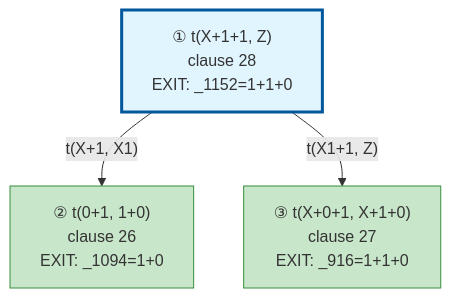
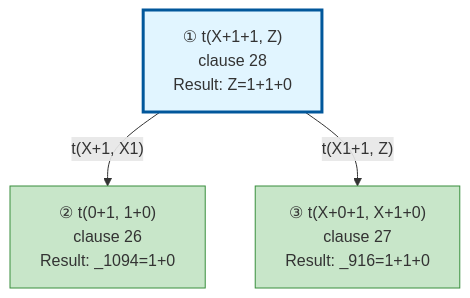
One commit to jarecsni/prolog-trace-viz changed the diagram in examples/3_3_operators-output.md. Above: the diagram before and after it, drawn with Mermaid. The commit also changed other lines of this file and 13 other files, not shown here.

````diff
--- a/examples/3_3_operators-output.md
+++ b/examples/3_3_operators-output.md
@@ -50,17 +50,17 @@
 ```mermaid
 graph TD
 
 %% Nodes
-A["① t(X+1+1, Z)<br/>clause 28<br/>EXIT: _1152=1+1+0"]
-B["② t(0+1, 1+0)<br/>clause 26<br/>EXIT: _1094=1+0"]
-C["③ t(X+0+1, X+1+0)<br/>clause 27<br/>EXIT: _916=1+1+0"]
+A["① t(X+1+1, Z)<br/>clause 28<br/>Result: Z=1+1+0"]
+B["② t(0+1, 1+0)<br/>clause 26<br/>Result: _1094=1+0"]
+C["③ t(X+0+1, X+1+0)<br/>clause 27<br/>Result: _916=1+1+0"]
 
 %% Edges
 A -->|"t(X+1, X1)"| B
 A -->|"t(X1+1, Z)"| C
 
 %% Styles
 style A fill:#e1f5ff,stroke:#01579b,stroke-width:3px
 style B fill:#c8e6c9,stroke:#388e3c
 style C fill:#c8e6c9,stroke:#388e3c
 ```
````
